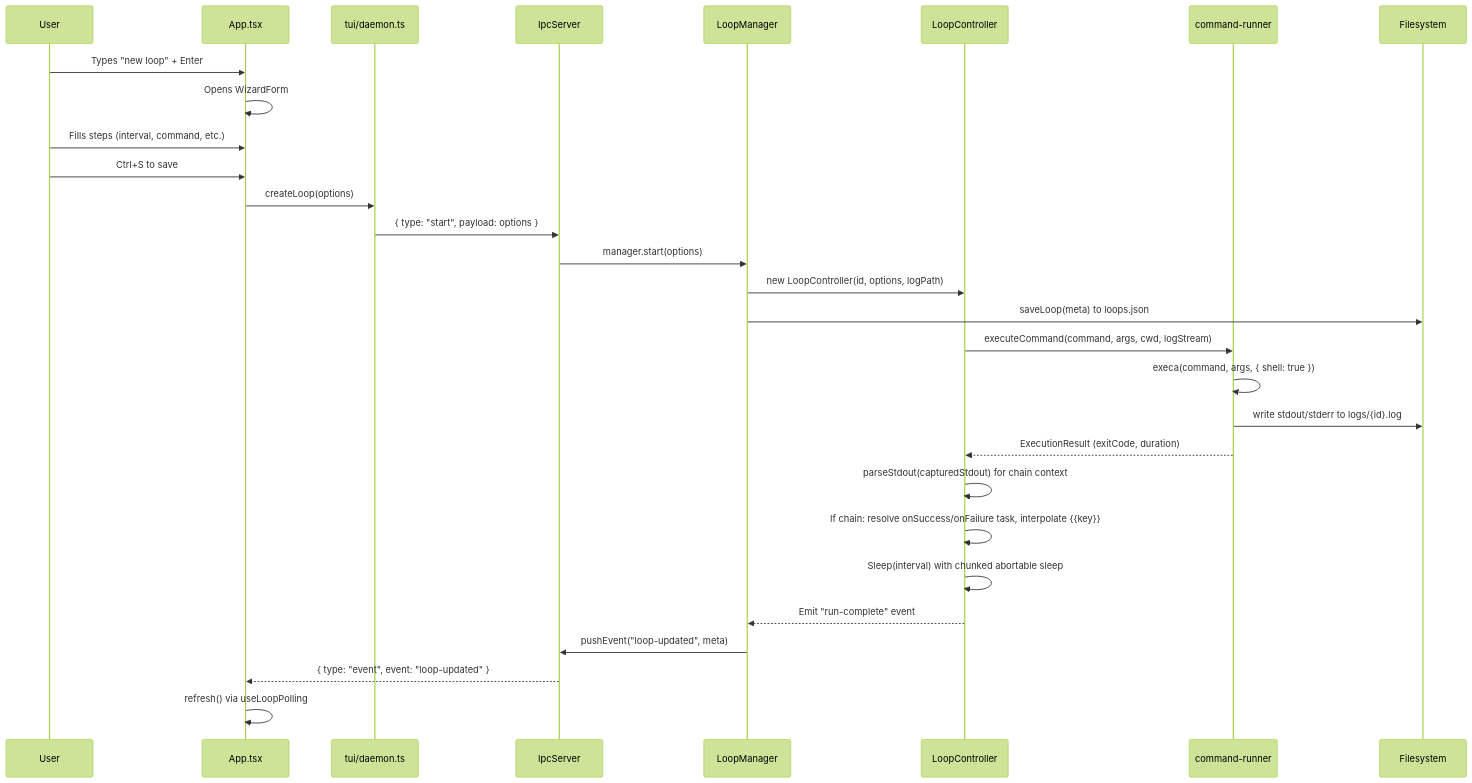
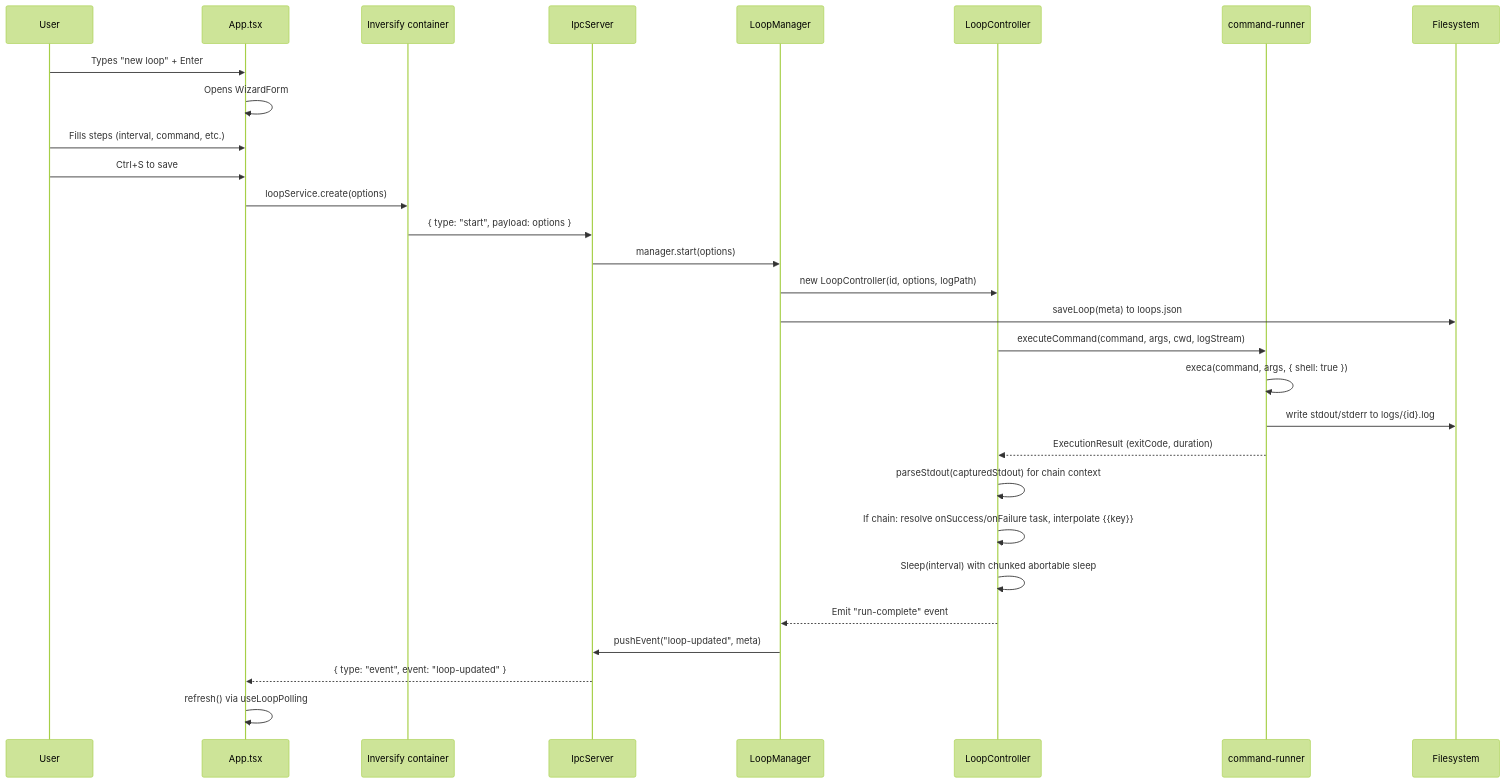
The second of 3 diagrams in ARCHITECTURE.md (CKGrafico/loop-task), drawn with Mermaid (forest theme) before and after one commit. The commit also changed other lines of this file and 30 other files, not shown here.

````diff
--- a/ARCHITECTURE.md
+++ b/ARCHITECTURE.md
@@ -283,32 +319,32 @@
 ```mermaid
 sequenceDiagram
     participant User
     participant TUI as App.tsx
-    participant CI as tui/daemon.ts
+    participant DI as Inversify container
     participant Srv as IpcServer
     participant Mgr as LoopManager
     participant Ctrl as LoopController
     participant Runner as command-runner
     participant FS as Filesystem
 
     User->>TUI: Types "new loop" + Enter
     TUI->>TUI: Opens WizardForm
     User->>TUI: Fills steps (interval, command, etc.)
     User->>TUI: Ctrl+S to save
-    TUI->>CI: createLoop(options)
-    CI->>Srv: { type: "start", payload: options }
+    TUI->>DI: loopService.create(options)
+    DI->>Srv: { type: "start", payload: options }
     Srv->>Mgr: manager.start(options)
     Mgr->>Ctrl: new LoopController(id, options, logPath)
     Mgr->>FS: saveLoop(meta) to loops.json
     Ctrl->>Runner: executeCommand(command, args, cwd, logStream)
     Runner->>Runner: execa(command, args, { shell: true })
     Runner->>FS: write stdout/stderr to logs/{id}.log
     Runner-->>Ctrl: ExecutionResult (exitCode, duration)
     Ctrl->>Ctrl: parseStdout(capturedStdout) for chain context
     Ctrl->>Ctrl: If chain: resolve onSuccess/onFailure task, interpolate {{key}}
     Ctrl->>Ctrl: Sleep(interval) with chunked abortable sleep
     Ctrl-->>Mgr: Emit "run-complete" event
     Mgr->>Srv: pushEvent("loop-updated", meta)
     Srv-->>TUI: { type: "event", event: "loop-updated" }
     TUI->>TUI: refresh() via useLoopPolling
 ```
````
